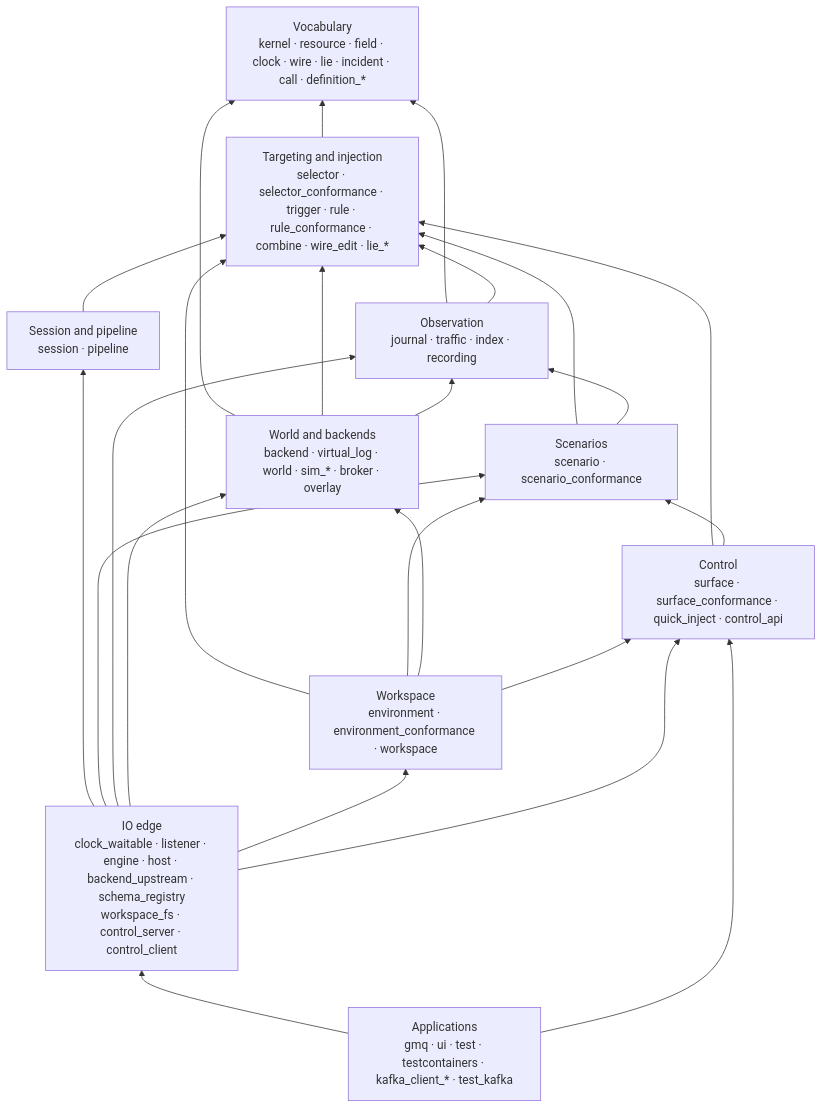
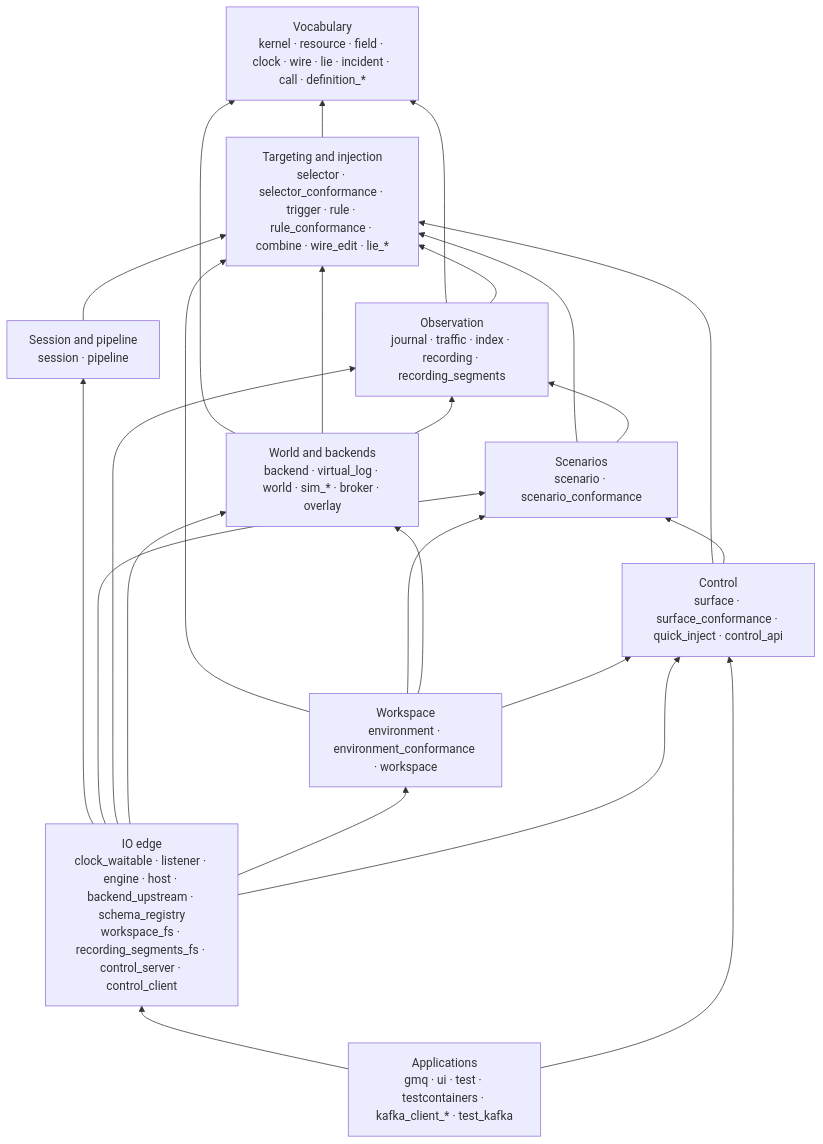
One commit to cruxy-eu/gaslightmq changed the diagram in docs/specs/architecture/crates.md. Above: the diagram before and after it, drawn with Mermaid. The commit also changed other lines of this file and 7 other files, not shown here.

First line of the commit message:
docs(specs): recordings behind a storage contract, kept as segments with index chunks and a manifest

````diff
--- a/docs/specs/architecture/crates.md
+++ b/docs/specs/architecture/crates.md
@@ -253,37 +258,37 @@
 ```mermaid
 flowchart BT
   V["Vocabulary<br/>kernel · resource · field · clock · wire · lie · incident · call · definition_*"]
   T["Targeting and injection<br/>selector · selector_conformance · trigger · rule · rule_conformance · combine · wire_edit · lie_*"]
   P["Session and pipeline<br/>session · pipeline"]
   S["Scenarios<br/>scenario · scenario_conformance"]
-  O["Observation<br/>journal · traffic · index · recording"]
+  O["Observation<br/>journal · traffic · index · recording · recording_segments"]
   W["World and backends<br/>backend · virtual_log · world · sim_* · broker · overlay"]
   F["Workspace<br/>environment · environment_conformance · workspace"]
   C["Control<br/>surface · surface_conformance · quick_inject · control_api"]
-  IO["IO edge<br/>clock_waitable · listener · engine · host · backend_upstream · schema_registry<br/>workspace_fs · control_server · control_client"]
+  IO["IO edge<br/>clock_waitable · listener · engine · host · backend_upstream · schema_registry<br/>workspace_fs · recording_segments_fs · control_server · control_client"]
   A["Applications<br/>gmq · ui · test · testcontainers · kafka_client_* · test_kafka"]
 
   T --> V
   P --> T
   S --> T
   S --> O
   O --> V
   O --> T
   W --> V
   W --> T
   W --> O
   F --> T
   F --> S
   F --> W
   F --> C
   C --> T
   C --> S
   IO --> P
   IO --> S
   IO --> O
   IO --> W
   IO --> F
   IO --> C
   A --> IO
   A --> C
 ```
````
